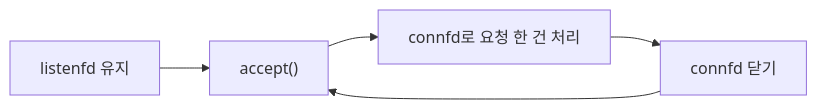
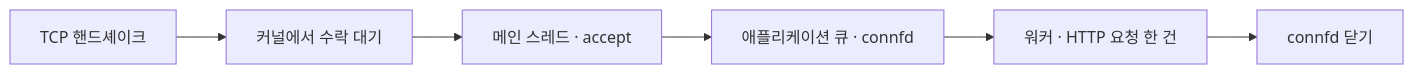
Before and after one commit to choimoohun/SW-AI-W13-Web-Server: the diagram in docs/concurrency/connections.md, drawn with Mermaid. The commit also changed other lines of this file and 15 other files, not shown here.

````diff
--- a/docs/concurrency/connections.md
+++ b/docs/concurrency/connections.md
@@ -7,7 +7,8 @@
 ```mermaid
 flowchart LR
-    Listen["listenfd 유지"] --> Accept["accept()"]
-    Accept --> Handle["connfd로 요청 한 건 처리"]
-    Handle --> Close["connfd 닫기"]
-    Close --> Accept
+    Handshake["TCP 핸드셰이크"] --> Kernel["커널에서 수락 대기"]
+    Kernel --> Accept["메인 스레드 · accept"]
+    Accept --> Queue["애플리케이션 큐 · connfd"]
+    Queue --> Handler["워커 · HTTP 요청 한 건"]
+    Handler --> Close["connfd 닫기"]
 ```
````
